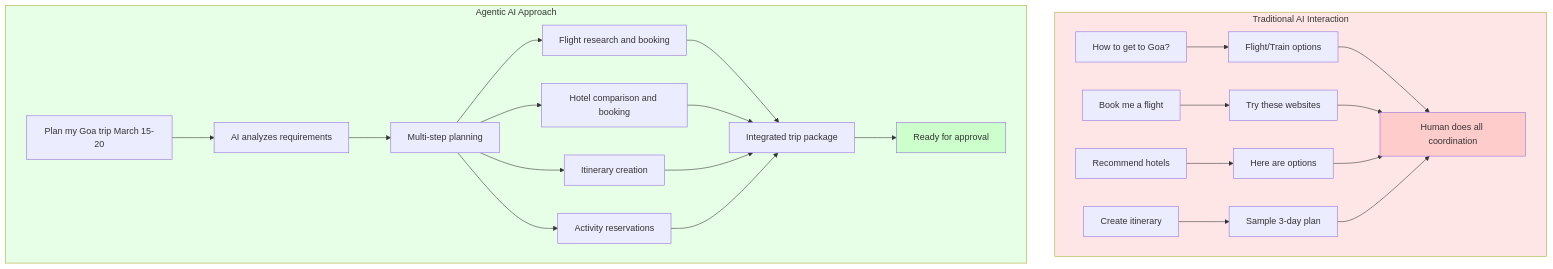
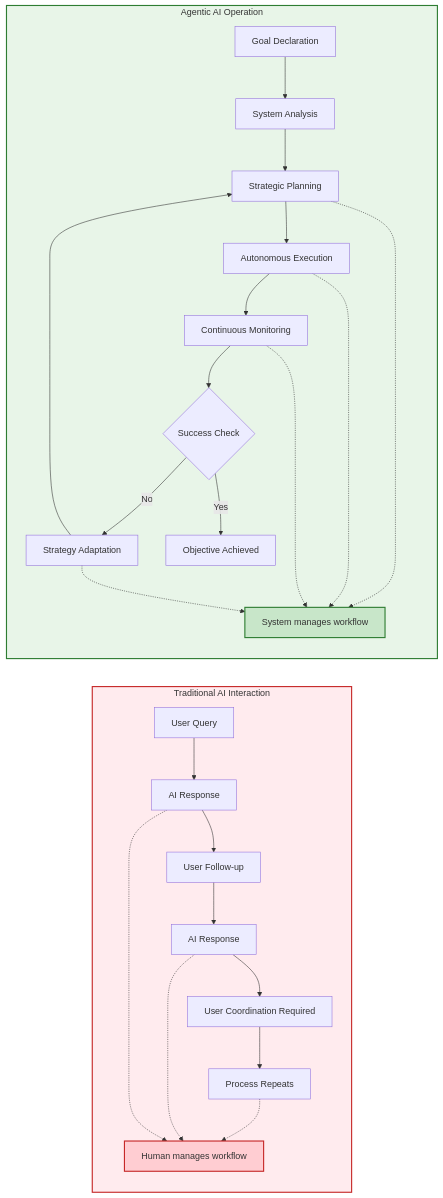
Before and after one commit to Sourabh-Kumar04/LangGraph: the fourth of 4 diagrams in 02_agentic_ai.md, drawn with Mermaid. The commit also changed other lines of this file, not shown here.

Commit message:
✨ Added lecture-style notes on Introduction to Agentic AI with diagrams and workflow examples

````diff
--- a/02_agentic_ai.md
+++ b/02_agentic_ai.md
@@ -417,35 +234,37 @@
 ```mermaid
-graph TD
-    subgraph Traditional [Traditional AI Interaction]
-        T1[How to get to Goa?] --> T2[Flight/Train options]
-        T3[Book me a flight] --> T4[Try these websites]
-        T5[Recommend hotels] --> T6[Here are options]
-        T7[Create itinerary] --> T8[Sample 3-day plan]
+graph LR
+    subgraph Traditional ["Traditional AI Interaction"]
+        T1["User Query"] --> T2["AI Response"]
+        T2 --> T3["User Follow-up"]  
+        T3 --> T4["AI Response"]
+        T4 --> T5["User Coordination Required"]
+        T5 --> T6["Process Repeats"]
         
-        T9[Human does all coordination]
-        T2 --> T9
-        T4 --> T9
-        T6 --> T9
-        T8 --> T9
+        T7["Human manages workflow"]
+        T2 -.-> T7
+        T4 -.-> T7
+        T6 -.-> T7
     end
     
-    subgraph Agentic [Agentic AI Approach]
-        A1[Plan my Goa trip March 15-20] --> A2[AI analyzes requirements]
-        A2 --> A3[Multi-step planning]
-        A3 --> A4[Flight research and booking]
-        A3 --> A5[Hotel comparison and booking]
-        A3 --> A6[Itinerary creation]
-        A3 --> A7[Activity reservations]
+    subgraph Agentic ["Agentic AI Operation"]
+        A1["Goal Declaration"] --> A2["System Analysis"]
+        A2 --> A3["Strategic Planning"]
+        A3 --> A4["Autonomous Execution"]
+        A4 --> A5["Continuous Monitoring"]
+        A5 --> A6{"Success Check"}
+        A6 -->|"No"| A7["Strategy Adaptation"]
+        A7 --> A3
+        A6 -->|"Yes"| A8["Objective Achieved"]
         
-        A4 --> A8[Integrated trip package]
-        A5 --> A8
-        A6 --> A8
-        A7 --> A8
-        A8 --> A9[Ready for approval]
+        A9["System manages workflow"]
+        A3 -.-> A9
+        A4 -.-> A9
+        A5 -.-> A9
+        A7 -.-> A9
     end
     
-    style Traditional fill:#ffe6e6
-    style Agentic fill:#e6ffe6
-    style T9 fill:#ffcccc
-    style A9 fill:#ccffcc
+    style Traditional fill:#ffebee,stroke:#c62828,stroke-width:2px
+    style Agentic fill:#e8f5e8,stroke:#2e7d32,stroke-width:2px
+    style T7 fill:#ffcdd2,stroke:#c62828,stroke-width:2px
+    style A9 fill:#c8e6c9,stroke:#2e7d32,stroke-width:2px
 ```
````
